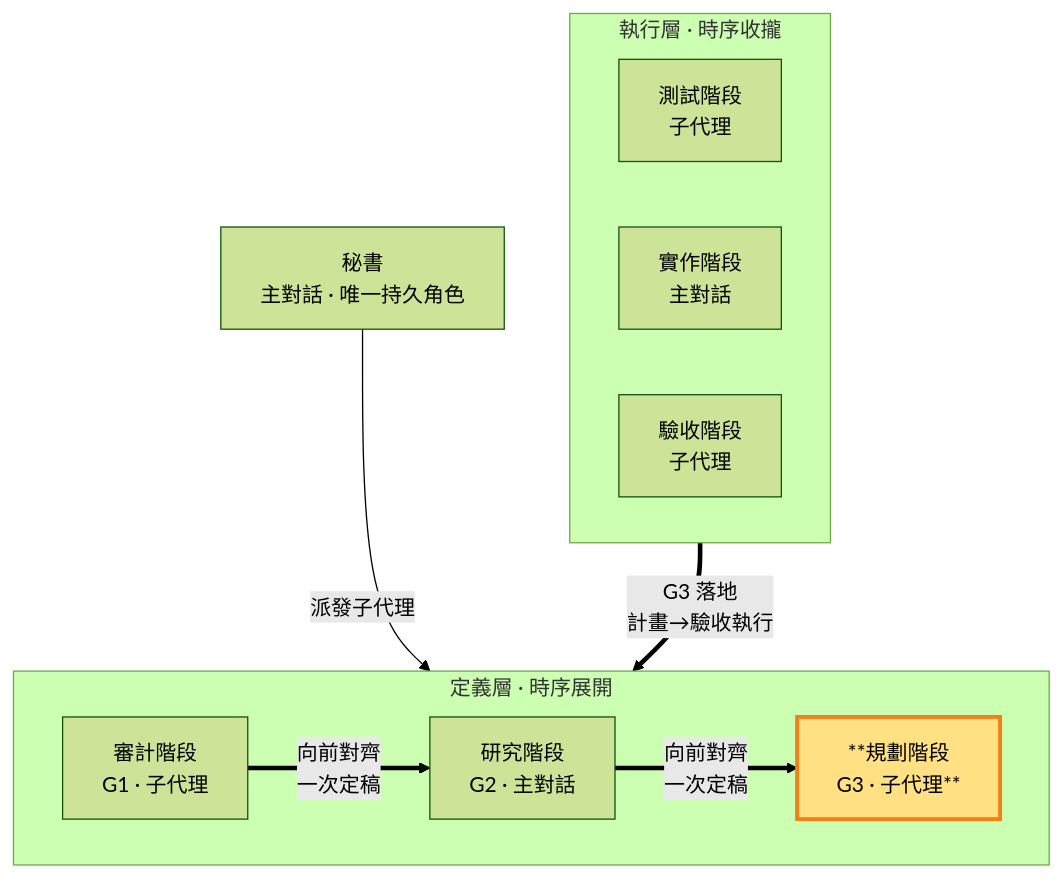
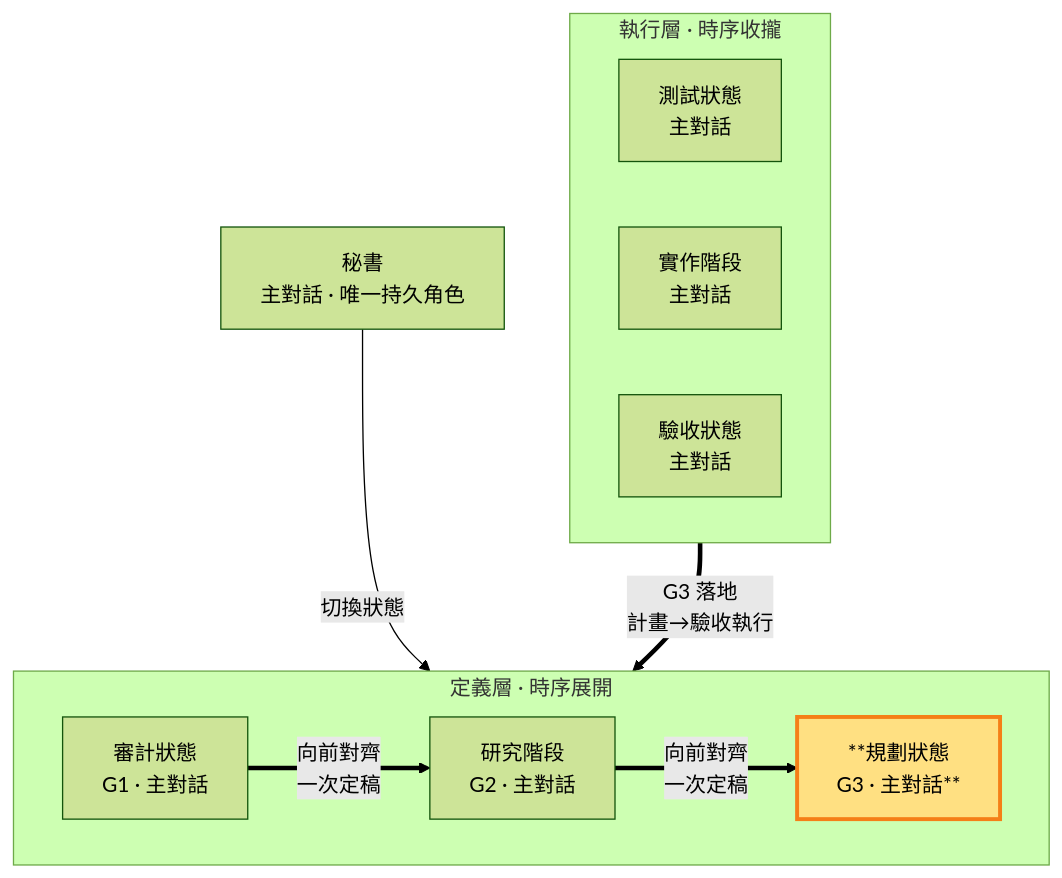
One commit to teps3105/shiftblame changed the diagram in skills/shiftblame/references/PLAN.md. Above: the diagram before and after it, drawn with Mermaid (forest theme). The commit also changed other lines of this file and 31 other files, not shown here.

````diff
--- a/skills/shiftblame/references/PLAN.md
+++ b/skills/shiftblame/references/PLAN.md
@@ -16,21 +16,21 @@
 ```mermaid
 flowchart TB
     SEC[秘書<br/>主對話 · 唯一持久角色]
     subgraph Consult["定義層 · 時序展開"]
         direction LR
-        AUD["審計階段<br/>G1 · 子代理"]
+        AUD["審計狀態<br/>G1 · 主對話"]
         RES["研究階段<br/>G2 · 主對話"]
-        PLA["**規劃階段<br/>G3 · 子代理**"]:::thisrole
+        PLA["**規劃狀態<br/>G3 · 主對話**"]:::thisrole
     end
     subgraph Build["執行層 · 時序收攏"]
         direction LR
-        TST["測試階段<br/>子代理"]
+        TST["測試狀態<br/>主對話"]
         DEV["實作階段<br/>主對話"]
-        ACC["驗收階段<br/>子代理"]
+        ACC["驗收狀態<br/>主對話"]
     end
-    SEC -- 派發子代理 --> PLA
+    SEC -- 切換狀態 --> PLA
     ACC == "G3 落地<br/>計畫→驗收執行" ==> PLA
     AUD == "向前對齊<br/>一次定稿" ==> RES
     RES == "向前對齊<br/>一次定稿" ==> PLA
     classDef thisrole fill:#ffe082,stroke:#f57f17,stroke-width:3px;
 ```
````
